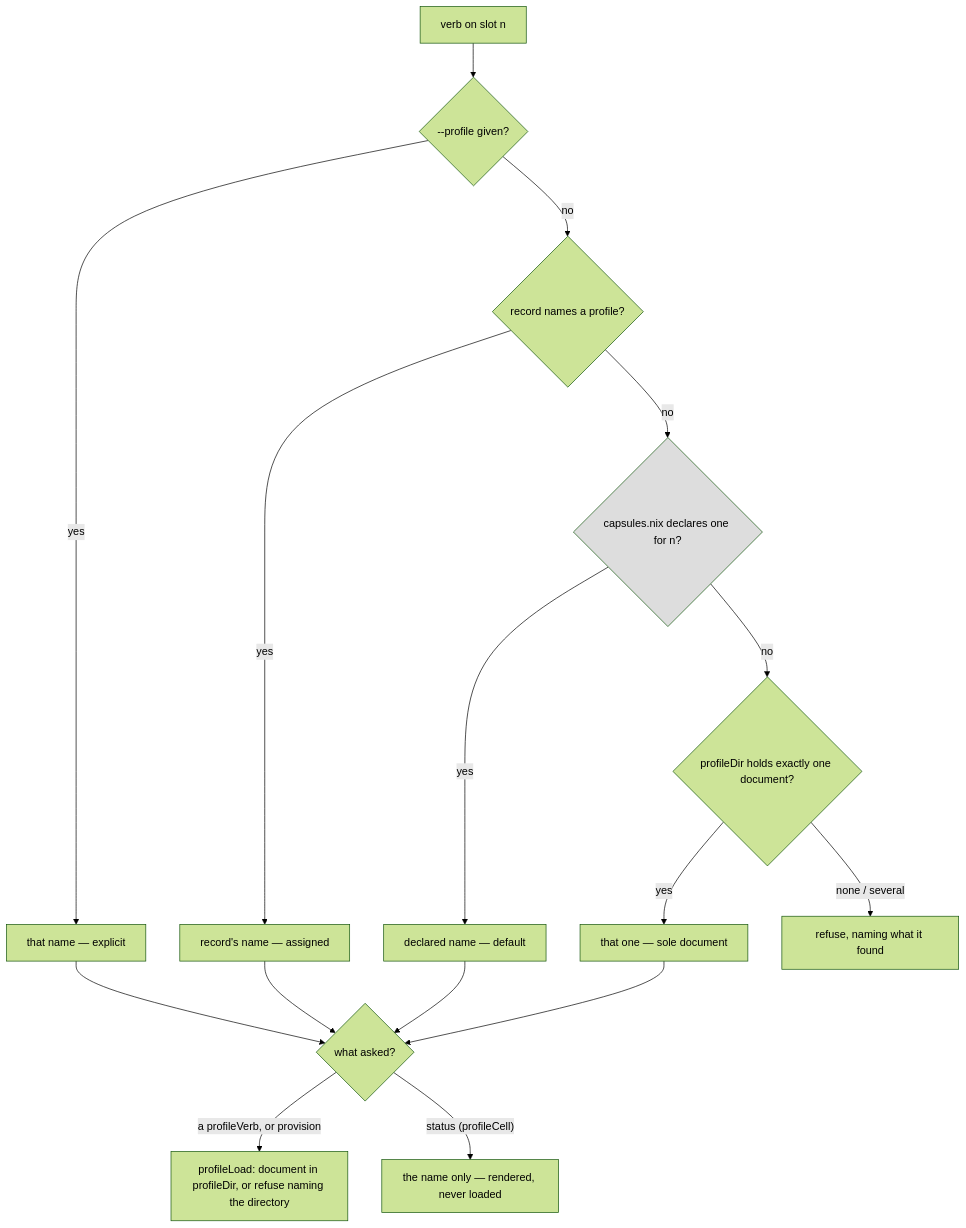
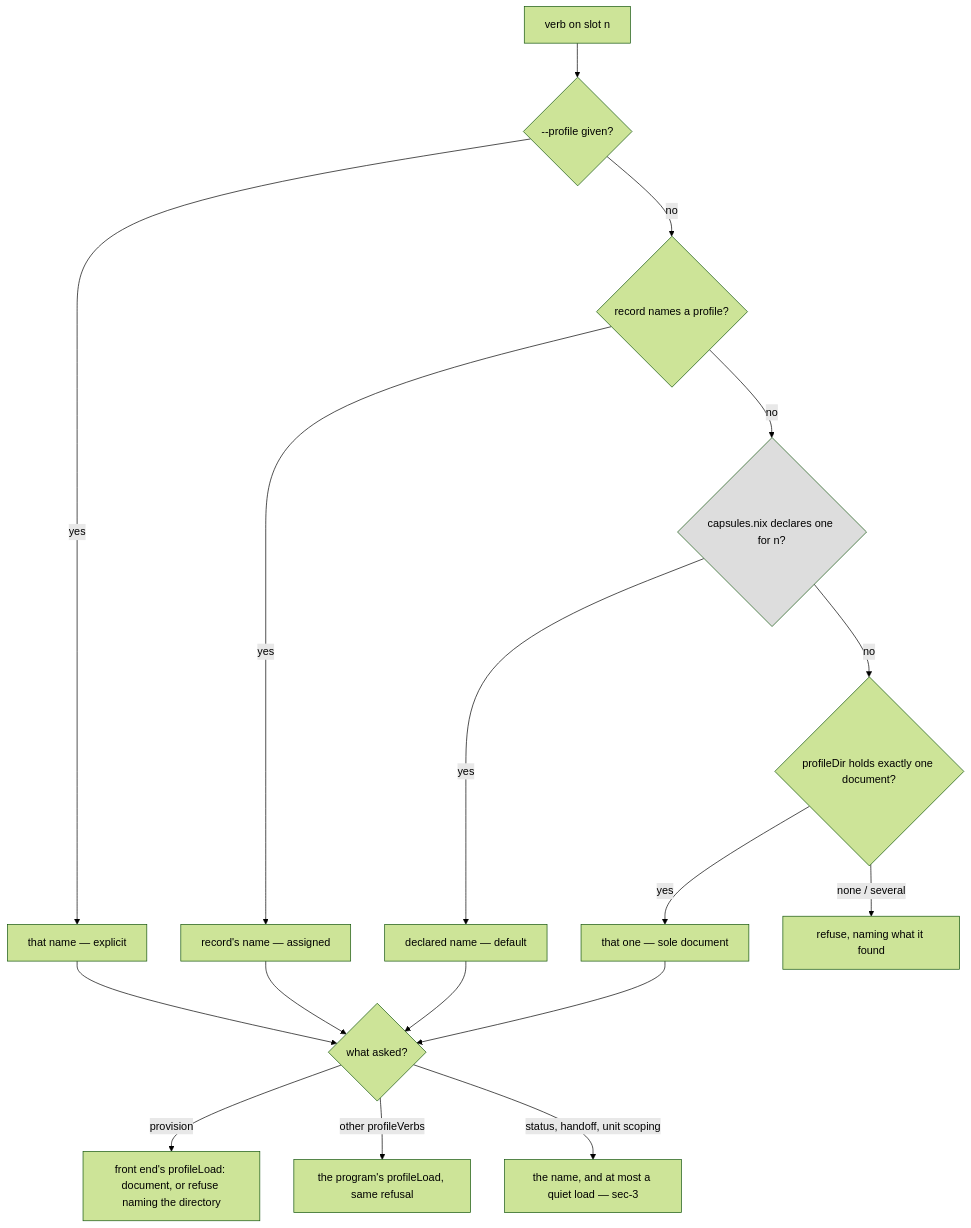
Before and after one commit to davidlee/oubliette: the first of 3 diagrams in .doctrine/slice/001/design.md, drawn with Mermaid (forest theme). The commit also changed other lines of this file and 6 other files, not shown here.

````diff
--- a/.doctrine/slice/001/design.md
+++ b/.doctrine/slice/001/design.md
@@ -64,16 +70,17 @@
 ```mermaid
 flowchart TD
   A[verb on slot n] --> F{--profile given?}
   F -- yes --> R1[that name — explicit]
   F -- no --> REC{record names a profile?}
   REC -- yes --> R2[record's name — assigned]
   REC -- no --> DECL{capsules.nix declares one for n?}
   DECL -- yes --> R3[declared name — default]
   DECL -- no --> ONE{profileDir holds exactly one document?}
   ONE -- yes --> R4[that one — sole document]
   ONE -- "none / several" --> X[refuse, naming what it found]
   R1 & R2 & R3 & R4 --> V{what asked?}
-  V -- "a profileVerb, or provision" --> L[profileLoad: document in profileDir, or refuse naming the directory]
-  V -- "status (profileCell)" --> C[the name only — rendered, never loaded]
+  V -- provision --> L[front end's profileLoad: document, or refuse naming the directory]
+  V -- "other profileVerbs" --> P[the program's profileLoad, same refusal]
+  V -- "status, handoff, unit scoping" --> C[the name, and at most a quiet load — sec-3]
   style DECL fill:#ddd
 ```
````
